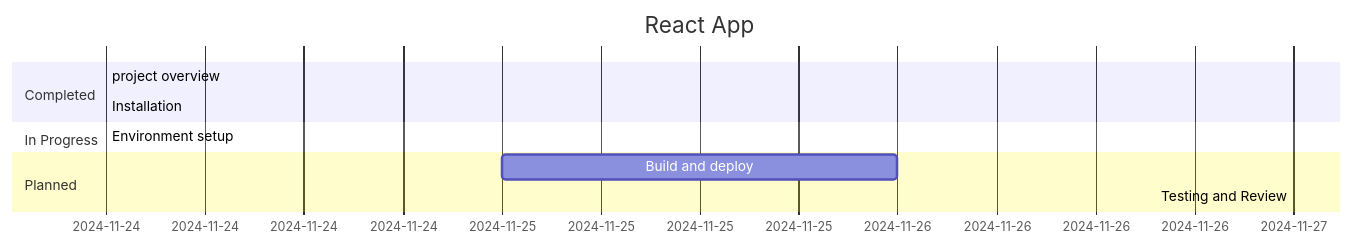
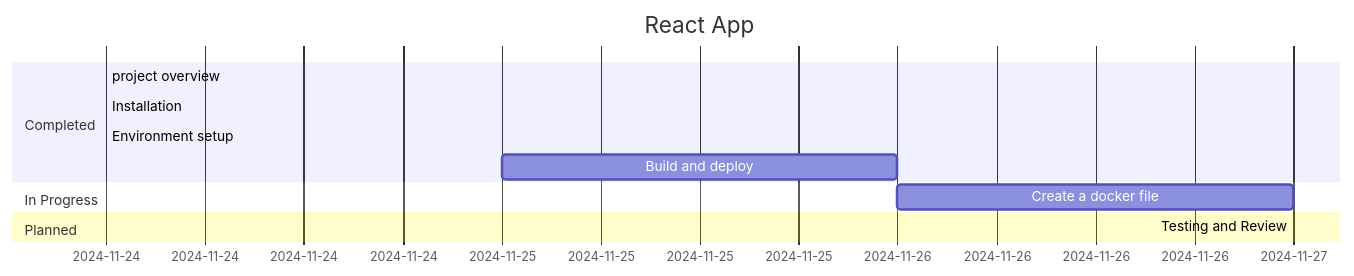
The third of 3 diagrams in 3-tier-application-task/README.md (Ranjitha75388/Tomcat), drawn with Mermaid before and after one commit.

````diff
--- a/3-tier-application-task/README.md
+++ b/3-tier-application-task/README.md
@@ -60,13 +60,15 @@
 ```mermaid
 gantt
     title React App
     dateFormat  MM-DD-YYYY
     section Completed
     project overview   :done, 11-24-2024, 11-24-2024
     Installation   :done, 11-24-2024, 11-24-2024
+    Environment setup     :active, 11-24-2024, 11-24-2024
+    Build and deploy    : 11-25-2024, 11-26-2024
     section In Progress
-    Environment setup     :active, 11-24-2024, 11-24-2024
+   Create a docker file : 11-26-2024, 11-27-2024
     section Planned
-    Build and deploy : 11-25-2024, 11-26-2024
+   
     Testing and Review  : 11-27-2024, 11-27-2024
 ```
````
